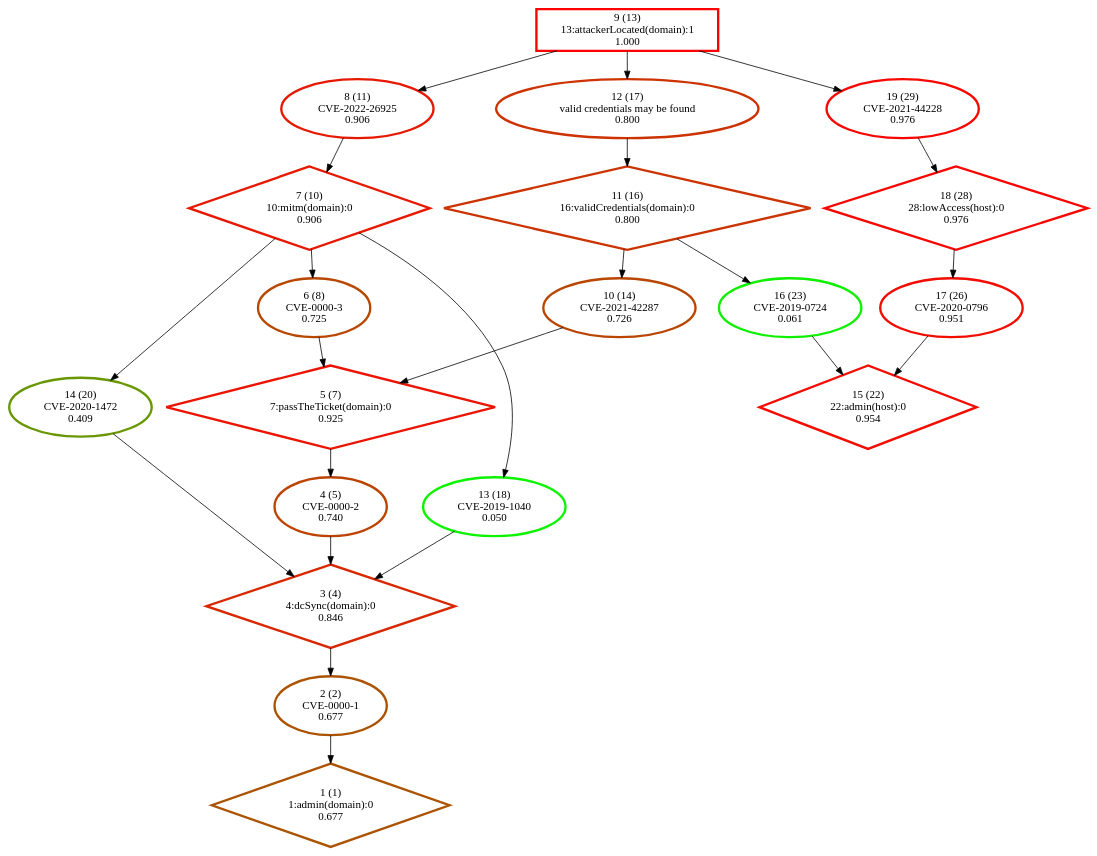
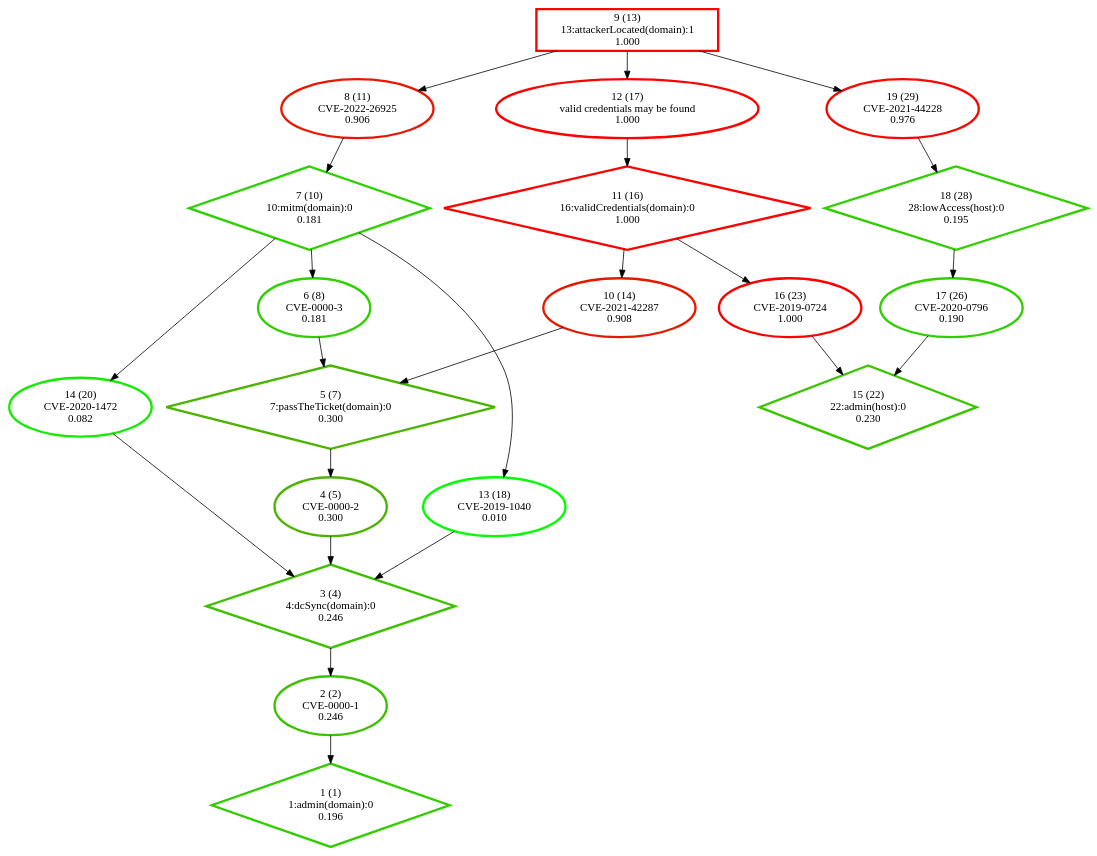
One commit to NathanaeldeLaChesnais/attacker_profiling_for_BAG_with_honeypots changed the diagram in Personnal_simulations/output_selection/strongly_connected_components/BAG_ref.dot. Above: the diagram before and after it, drawn with Graphviz. The commit also changed 6 other files, not shown here.

```diff
--- a/Personnal_simulations/output_selection/strongly_connected_components/BAG_ref.dot
+++ b/Personnal_simulations/output_selection/strongly_connected_components/BAG_ref.dot
@@ -1,43 +1,43 @@
 digraph G {
-  1 [label="1 (1)\n1:admin(domain):0\n0.677", color="#AC5300", penwidth=3, shape="diamond"];
-  2 [label="2 (2)\nCVE-0000-1\n0.677", color="#AC5300", penwidth=3, shape="ellipse"];
-  3 [label="3 (4)\n4:dcSync(domain):0\n0.846", color="#D72800", penwidth=3, shape="diamond"];
-  4 [label="4 (5)\nCVE-0000-2\n0.740", color="#BC4300", penwidth=3, shape="ellipse"];
-  5 [label="5 (7)\n7:passTheTicket(domain):0\n0.925", color="#EB1400", penwidth=3, shape="diamond"];
-  6 [label="6 (8)\nCVE-0000-3\n0.725", color="#B84700", penwidth=3, shape="ellipse"];
-  7 [label="7 (10)\n10:mitm(domain):0\n0.906", color="#E71800", penwidth=3, shape="diamond"];
+  1 [label="1 (1)\n1:admin(domain):0\n0.196", color="#32CD00", penwidth=3, shape="diamond"];
+  2 [label="2 (2)\nCVE-0000-1\n0.246", color="#3EC100", penwidth=3, shape="ellipse"];
+  3 [label="3 (4)\n4:dcSync(domain):0\n0.246", color="#3EC100", penwidth=3, shape="diamond"];
+  4 [label="4 (5)\nCVE-0000-2\n0.300", color="#4CB300", penwidth=3, shape="ellipse"];
+  5 [label="5 (7)\n7:passTheTicket(domain):0\n0.300", color="#4CB300", penwidth=3, shape="diamond"];
+  6 [label="6 (8)\nCVE-0000-3\n0.181", color="#2ED100", penwidth=3, shape="ellipse"];
+  7 [label="7 (10)\n10:mitm(domain):0\n0.181", color="#2ED100", penwidth=3, shape="diamond"];
   8 [label="8 (11)\nCVE-2022-26925\n0.906", color="#E71800", penwidth=3, shape="ellipse"];
   9 [label="9 (13)\n13:attackerLocated(domain):1\n1.000", color="#FF0000", penwidth=3, shape="box"];
-  10 [label="10 (14)\nCVE-2021-42287\n0.726", color="#B94600", penwidth=3, shape="ellipse"];
-  11 [label="11 (16)\n16:validCredentials(domain):0\n0.800", color="#CB3400", penwidth=3, shape="diamond"];
-  12 [label="12 (17)\nvalid credentials may be found\n0.800", color="#CC3300", penwidth=3, shape="ellipse"];
-  13 [label="13 (18)\nCVE-2019-1040\n0.050", color="#0CF300", penwidth=3, shape="ellipse"];
-  14 [label="14 (20)\nCVE-2020-1472\n0.409", color="#689700", penwidth=3, shape="ellipse"];
-  15 [label="15 (22)\n22:admin(host):0\n0.954", color="#F30C00", penwidth=3, shape="diamond"];
-  16 [label="16 (23)\nCVE-2019-0724\n0.061", color="#0FF000", penwidth=3, shape="ellipse"];
-  17 [label="17 (26)\nCVE-2020-0796\n0.951", color="#F20D00", penwidth=3, shape="ellipse"];
-  18 [label="18 (28)\n28:lowAccess(host):0\n0.976", color="#F80700", penwidth=3, shape="diamond"];
+  10 [label="10 (14)\nCVE-2021-42287\n0.908", color="#E71800", penwidth=3, shape="ellipse"];
+  11 [label="11 (16)\n16:validCredentials(domain):0\n1.000", color="#FF0000", penwidth=3, shape="diamond"];
+  12 [label="12 (17)\nvalid credentials may be found\n1.000", color="#FF0000", penwidth=3, shape="ellipse"];
+  13 [label="13 (18)\nCVE-2019-1040\n0.010", color="#02FD00", penwidth=3, shape="ellipse"];
+  14 [label="14 (20)\nCVE-2020-1472\n0.082", color="#14EB00", penwidth=3, shape="ellipse"];
+  15 [label="15 (22)\n22:admin(host):0\n0.230", color="#3AC500", penwidth=3, shape="diamond"];
+  16 [label="16 (23)\nCVE-2019-0724\n1.000", color="#FF0000", penwidth=3, shape="ellipse"];
+  17 [label="17 (26)\nCVE-2020-0796\n0.190", color="#30CF00", penwidth=3, shape="ellipse"];
+  18 [label="18 (28)\n28:lowAccess(host):0\n0.195", color="#31CE00", penwidth=3, shape="diamond"];
   19 [label="19 (29)\nCVE-2021-44228\n0.976", color="#F80700", penwidth=3, shape="ellipse"];
-  9 -> 8;
-  9 -> 12;
-  9 -> 19;
-  8 -> 7;
-  7 -> 6;
-  7 -> 13;
-  7 -> 14;
-  6 -> 5;
-  5 -> 4;
-  12 -> 11;
-  11 -> 10;
-  11 -> 16;
-  10 -> 5;
-  4 -> 3;
-  3 -> 2;
-  13 -> 3;
-  14 -> 3;
-  2 -> 1;
-  16 -> 15;
-  19 -> 18;
-  18 -> 17;
-  17 -> 15;
+  "9" -> "8";
+  "9" -> "12";
+  "9" -> "19";
+  "8" -> "7";
+  "7" -> "6";
+  "7" -> "13";
+  "7" -> "14";
+  "6" -> "5";
+  "5" -> "4";
+  "12" -> "11";
+  "11" -> "10";
+  "11" -> "16";
+  "10" -> "5";
+  "4" -> "3";
+  "3" -> "2";
+  "13" -> "3";
+  "14" -> "3";
+  "2" -> "1";
+  "16" -> "15";
+  "19" -> "18";
+  "18" -> "17";
+  "17" -> "15";
 }
```
